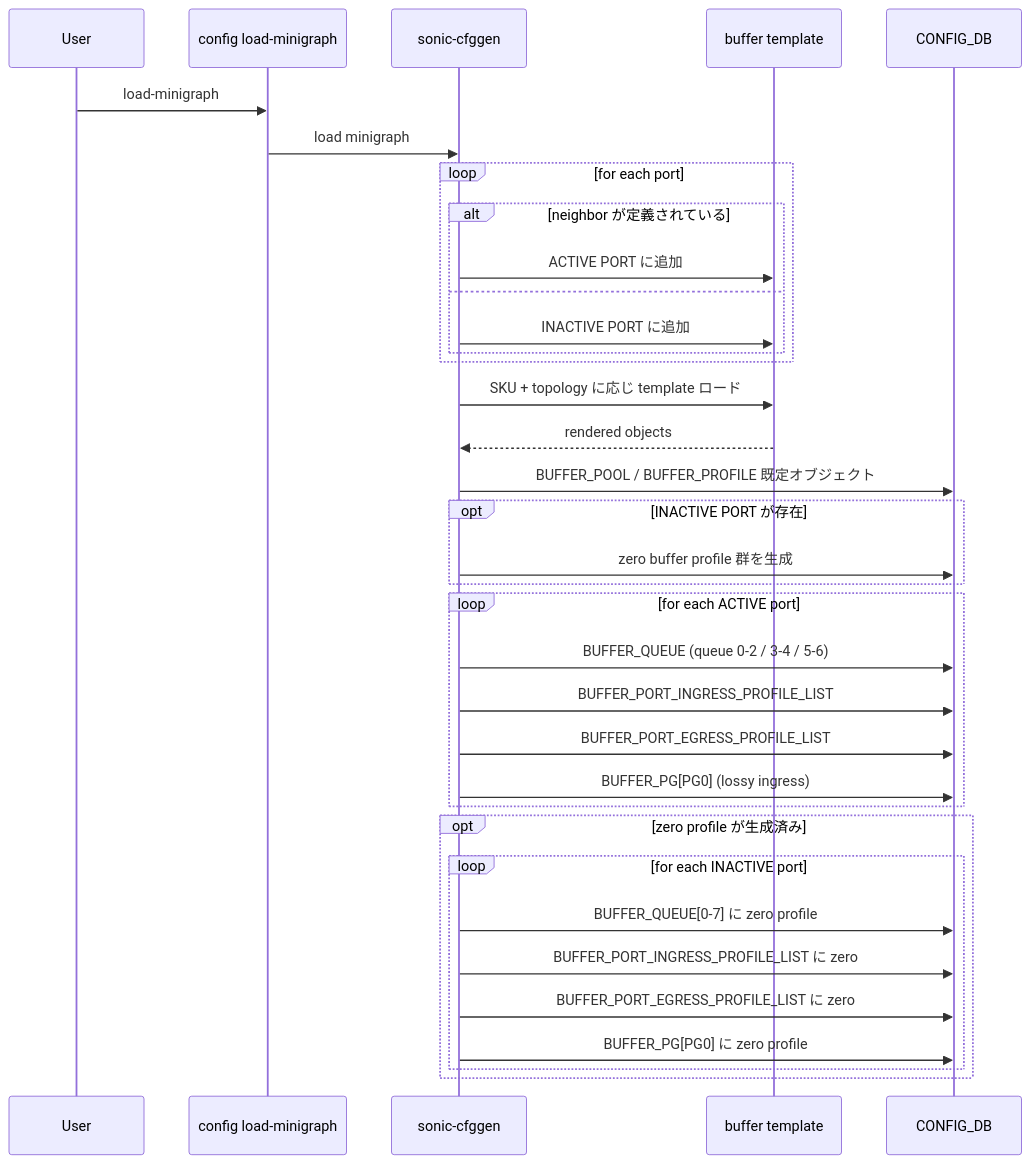
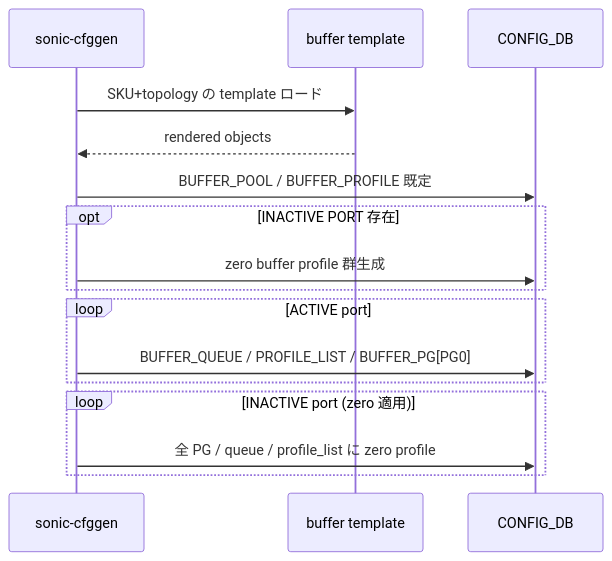
Before and after one commit to aoki-taquan/sonic-unofficial-docs: the first of 4 diagrams in docs/acl-qos/reclaim-reserved-buffer-sequence-flow.md, drawn with Mermaid. The commit also changed other lines of this file and 10 other files, not shown here.

````diff
--- a/docs/acl-qos/reclaim-reserved-buffer-sequence-flow.md
+++ b/docs/acl-qos/reclaim-reserved-buffer-sequence-flow.md
@@ -44,37 +42,18 @@
 ```mermaid
 sequenceDiagram
-    participant User
-    participant CLI as config load-minigraph
     participant CFG as sonic-cfggen
     participant TPL as buffer template
     participant DB as CONFIG_DB
-    User->>CLI: load-minigraph
-    CLI->>CFG: load minigraph
-    loop for each port
-        alt neighbor が定義されている
-            CFG->>TPL: ACTIVE PORT に追加
-        else
-            CFG->>TPL: INACTIVE PORT に追加
-        end
+    CFG->>TPL: SKU+topology の template ロード
+    TPL-->>CFG: rendered objects
+    CFG->>DB: BUFFER_POOL / BUFFER_PROFILE 既定
+    opt INACTIVE PORT 存在
+        CFG->>DB: zero buffer profile 群生成
     end
-    CFG->>TPL: SKU + topology に応じ template ロード
-    TPL-->>CFG: rendered objects
-    CFG->>DB: BUFFER_POOL / BUFFER_PROFILE 既定オブジェクト
-    opt INACTIVE PORT が存在
-        CFG->>DB: zero buffer profile 群を生成
+    loop ACTIVE port
+        CFG->>DB: BUFFER_QUEUE / PROFILE_LIST / BUFFER_PG[PG0]
     end
-    loop for each ACTIVE port
-        CFG->>DB: BUFFER_QUEUE (queue 0-2 / 3-4 / 5-6)
-        CFG->>DB: BUFFER_PORT_INGRESS_PROFILE_LIST
-        CFG->>DB: BUFFER_PORT_EGRESS_PROFILE_LIST
-        CFG->>DB: BUFFER_PG[PG0] (lossy ingress)
-    end
-    opt zero profile が生成済み
-        loop for each INACTIVE port
-            CFG->>DB: BUFFER_QUEUE[0-7] に zero profile
-            CFG->>DB: BUFFER_PORT_INGRESS_PROFILE_LIST に zero
-            CFG->>DB: BUFFER_PORT_EGRESS_PROFILE_LIST に zero
-            CFG->>DB: BUFFER_PG[PG0] に zero profile
-        end
+    loop INACTIVE port (zero 適用)
+        CFG->>DB: 全 PG / queue / profile_list に zero profile
     end
 ```
````
